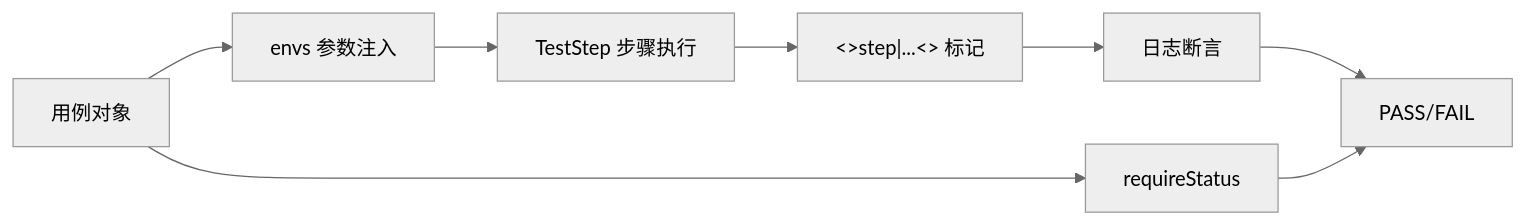
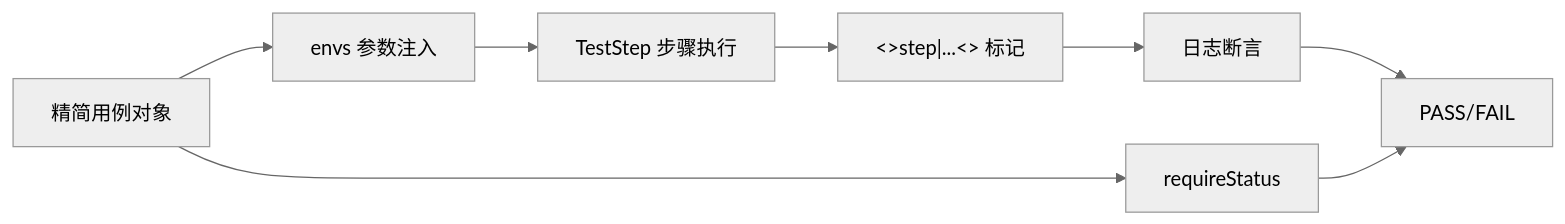
The fifth of 5 diagrams in .qoder/repowiki/zh/content/测试用例系统/测试用例定义.md (esa-sp/test-for-aone-ci), drawn with Mermaid (neutral theme) before and after one commit. The commit also changed other lines of this file and 31 other files, not shown here.

````diff
--- a/.qoder/repowiki/zh/content/测试用例系统/测试用例定义.md
+++ b/.qoder/repowiki/zh/content/测试用例系统/测试用例定义.md
@@ -286,10 +287,10 @@
 ```mermaid
 graph LR
-Case["用例对象"] --> Envs["envs 参数注入"]
+Case["精简用例对象"] --> Envs["envs 参数注入"]
 Envs --> Step["TestStep 步骤执行"]
 Step --> Mark["<<LOG>>step|...<</LOG>> 标记"]
 Mark --> Assert["日志断言"]
 Case --> Status["requireStatus"]
 Assert --> Result["PASS/FAIL"]
 Status --> Result
 ```
````
